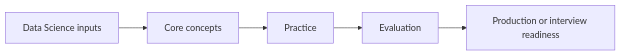
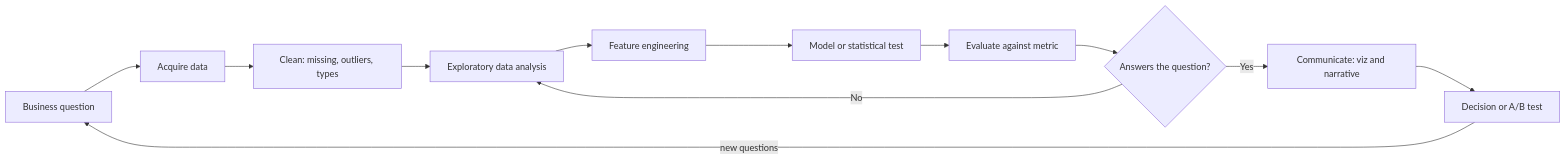
One commit to Icon1cc/Machine-Learning changed the diagram in diagrams/04-data-science.mmd. Above: the diagram before and after it, drawn with Mermaid. The commit also changed 118 other files, not shown here.

```diff
--- a/diagrams/04-data-science.mmd
+++ b/diagrams/04-data-science.mmd
@@ -1,5 +1,12 @@
 flowchart LR
-    A[Data Science inputs] --> B[Core concepts]
-    B --> C[Practice]
-    C --> D[Evaluation]
-    D --> E[Production or interview readiness]
+    A[Business question] --> B[Acquire data]
+    B --> C[Clean: missing, outliers, types]
+    C --> D[Exploratory data analysis]
+    D --> E[Feature engineering]
+    E --> F[Model or statistical test]
+    F --> G[Evaluate against metric]
+    G --> H{Answers the question?}
+    H -- No --> D
+    H -- Yes --> I[Communicate: viz and narrative]
+    I --> J[Decision or A/B test]
+    J -- new questions --> A
```
